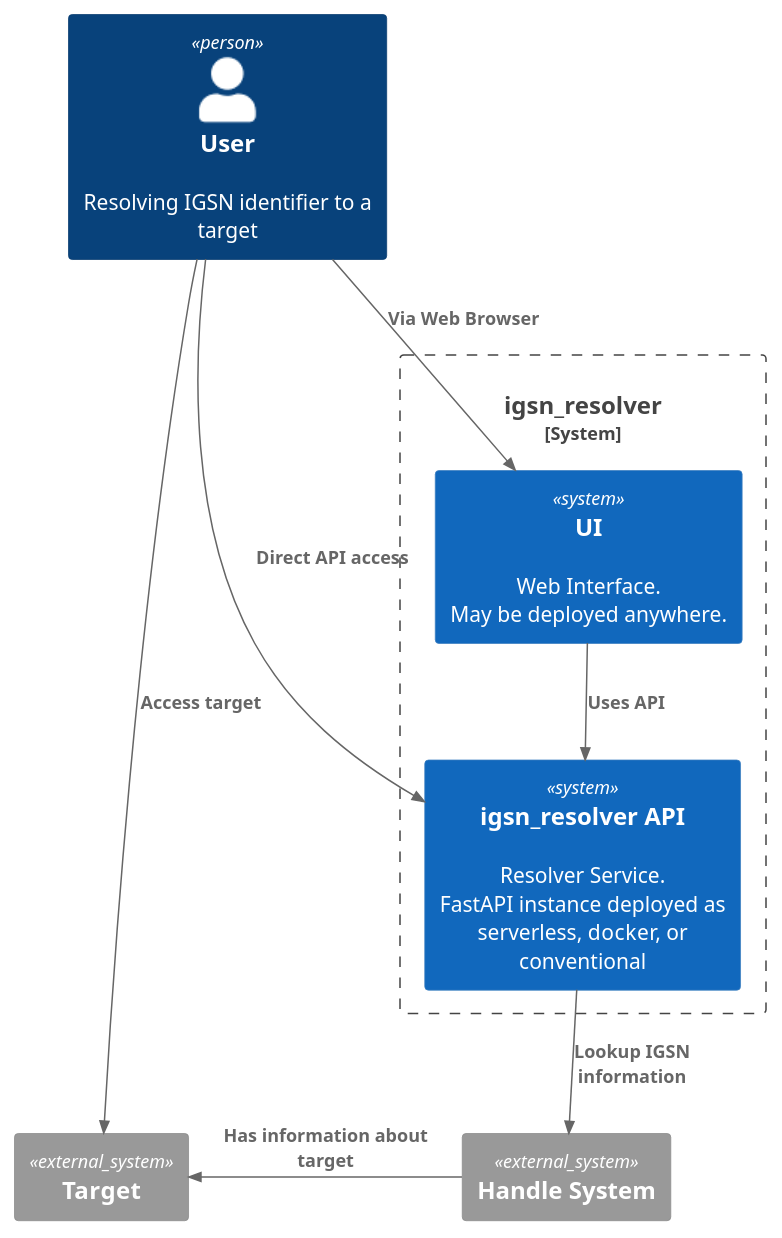
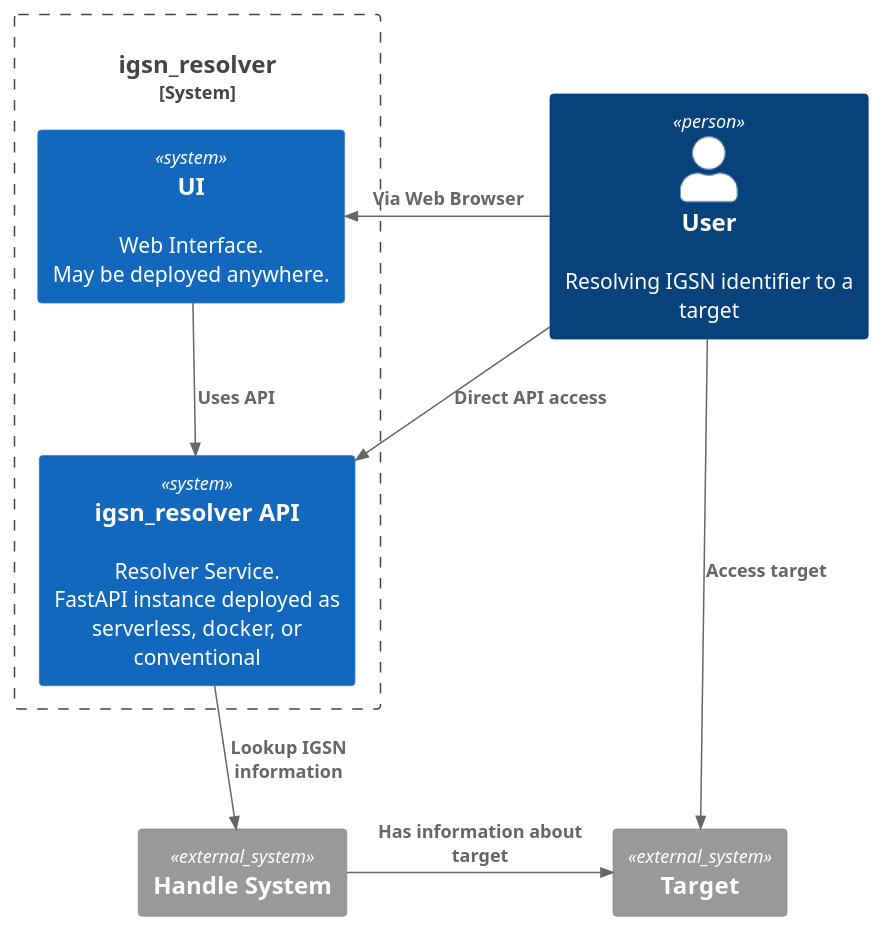
The diagram in UML/container.puml (datadavev/igsn_resolver), drawn with PlantUML before and after one commit.

Commit message:
Adjsut diagram layout

```diff
--- a/UML/container.puml
+++ b/UML/container.puml
@@ -1,17 +1,17 @@
 @startuml
 !include https://raw.githubusercontent.com/plantuml-stdlib/C4-PlantUML/master/C4_Container.puml
 
 Person(user, "User", "Resolving IGSN identifier to a target")
 System_Boundary(ir, "igsn_resolver") {
     System(rui, "UI", "Web Interface.\nMay be deployed anywhere.")
     System(rigsn, "igsn_resolver API", "Resolver Service.\nFastAPI instance deployed as serverless, docker, or conventional")
     Rel(rui, rigsn, "Uses API")
 }
 System_Ext(hdl, "Handle System")
 System_Ext(target, "Target")
-Rel(user, rui, "Via Web Browser")
+Rel_L(user, rui, "Via Web Browser")
 Rel(user, rigsn, "Direct API access")
 Rel(rigsn, hdl, "Lookup IGSN information")
 Rel(user, target, "Access target")
-Rel_L(hdl, target, "Has information about target")
+Rel_R(hdl, target, "Has information about target")
 @enduml
```
